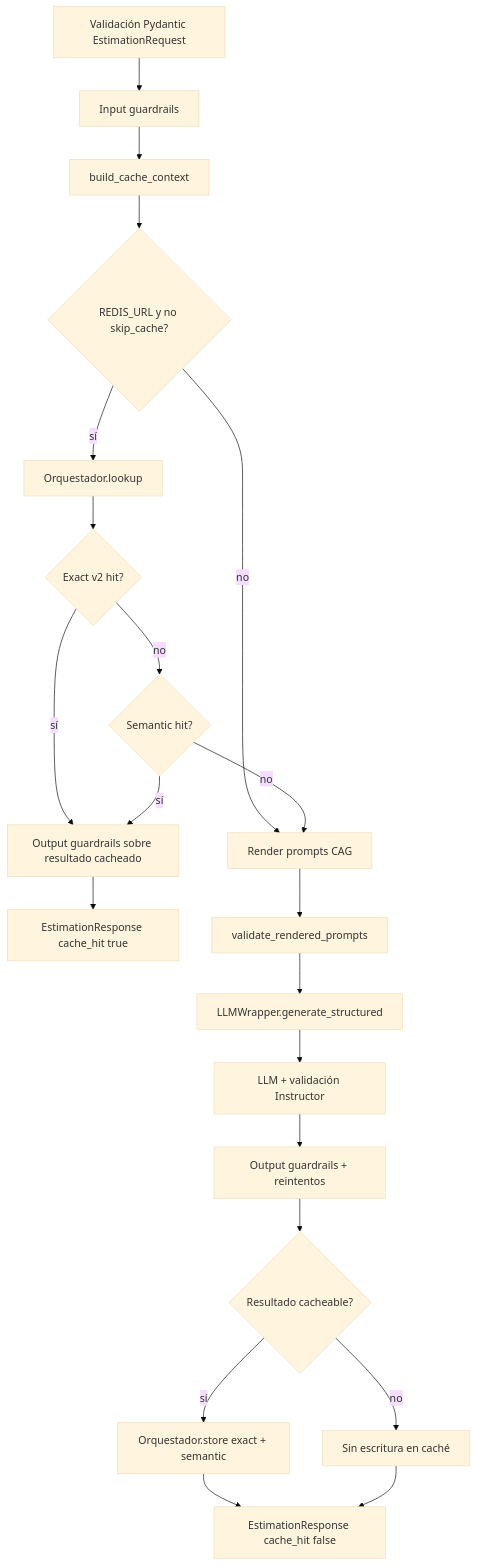
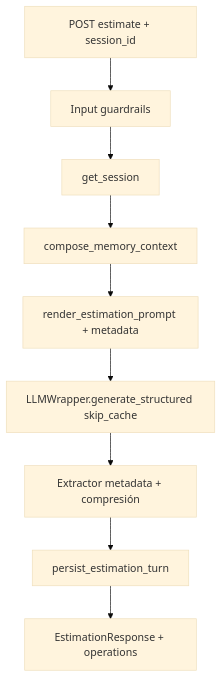
The second of 2 diagrams in README.md (SValduezaL/Estimator_SVL), drawn with Mermaid (base theme) before and after one commit. The commit also changed other lines of this file and 3 other files, not shown here.

````diff
--- a/README.md
+++ b/README.md
@@ -514,23 +191,11 @@
 ```mermaid
 flowchart TD
-    A[Validación Pydantic EstimationRequest] --> B[Input guardrails]
-    B --> C[build_cache_context]
-    C --> D{REDIS_URL y no skip_cache?}
-    D -->|no| H[Render prompts CAG]
-    D -->|sí| E[Orquestador.lookup]
-    E --> F{Exact v2 hit?}
-    F -->|sí| G[Output guardrails sobre resultado cacheado]
-    F -->|no| S{Semantic hit?}
-    S -->|sí| G
-    S -->|no| H
-    G --> R[EstimationResponse cache_hit true]
-    H --> I[validate_rendered_prompts]
-    I --> J[LLMWrapper.generate_structured]
-    J --> K[LLM + validación Instructor]
-    K --> L[Output guardrails + reintentos]
-    L --> M{Resultado cacheable?}
-    M -->|sí| N[Orquestador.store exact + semantic]
-    M -->|no| O[Sin escritura en caché]
-    N --> P[EstimationResponse cache_hit false]
-    O --> P
+    A[POST estimate + session_id] --> B[Input guardrails]
+    B --> C[get_session]
+    C --> D[compose_memory_context]
+    D --> E[render_estimation_prompt + metadata]
+    E --> F[LLMWrapper.generate_structured skip_cache]
+    F --> G[Extractor metadata + compresión]
+    G --> H[persist_estimation_turn]
+    H --> I[EstimationResponse + operations]
 ```
````
